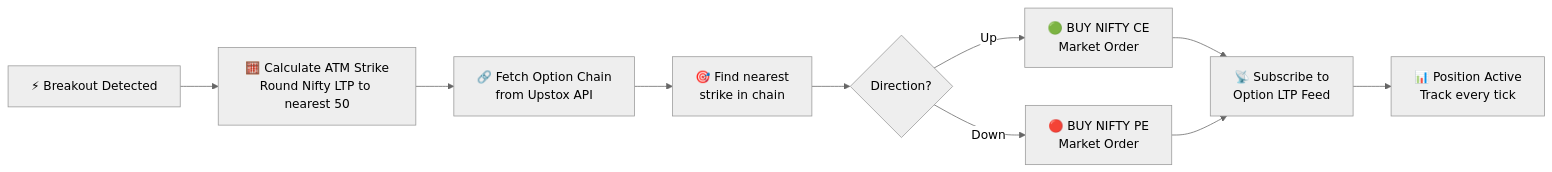
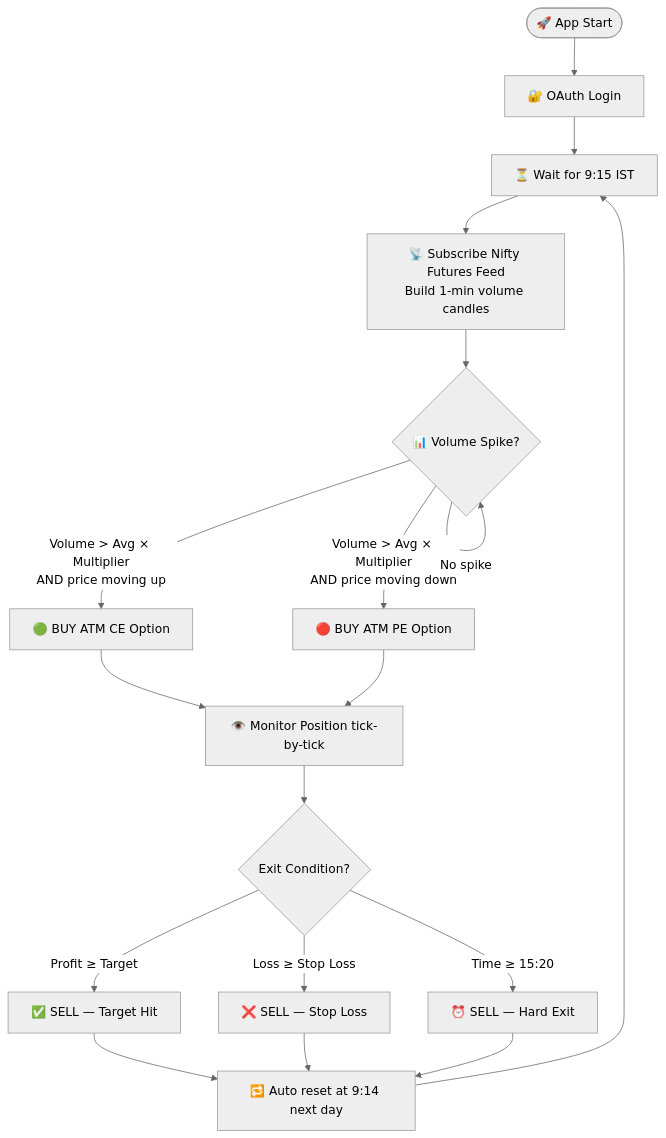
Before and after one commit to vamshikrishna4992/New-Auto_Algo: the third of 4 diagrams in README.md, drawn with Mermaid (neutral theme). The commit also changed other lines of this file and 68 other files, not shown here.

````diff
--- a/README.md
+++ b/README.md
@@ -78,11 +170,18 @@
 ```mermaid
-flowchart LR
-    A[⚡ Breakout Detected] --> B[🧮 Calculate ATM Strike\nRound Nifty LTP to nearest 50]
-    B --> C[🔗 Fetch Option Chain\nfrom Upstox API]
-    C --> D[🎯 Find nearest\nstrike in chain]
-    D --> E{Direction?}
-    E -->|Up| F[🟢 BUY NIFTY CE\nMarket Order]
-    E -->|Down| G[🔴 BUY NIFTY PE\nMarket Order]
-    F & G --> H[📡 Subscribe to\nOption LTP Feed]
-    H --> I[📊 Position Active\nTrack every tick]
+flowchart TD
+    A([🚀 App Start]) --> B[🔐 OAuth Login]
+    B --> C[⏳ Wait for 9:15 IST]
+    C --> D[📡 Subscribe Nifty Futures Feed\nBuild 1-min volume candles]
+    D --> E{📊 Volume Spike?}
+    E -->|Volume > Avg × Multiplier\nAND price moving up| F[🟢 BUY ATM CE Option]
+    E -->|Volume > Avg × Multiplier\nAND price moving down| G[🔴 BUY ATM PE Option]
+    E -->|No spike| E
+    F --> H[👁️ Monitor Position tick-by-tick]
+    G --> H
+    H --> I{Exit Condition?}
+    I -->|Profit ≥ Target| J[✅ SELL — Target Hit]
+    I -->|Loss ≥ Stop Loss| K[❌ SELL — Stop Loss]
+    I -->|Time ≥ 15:20| L[⏰ SELL — Hard Exit]
+    J & K & L --> N[🔁 Auto reset at 9:14 next day]
+    N --> C
 ```
````
